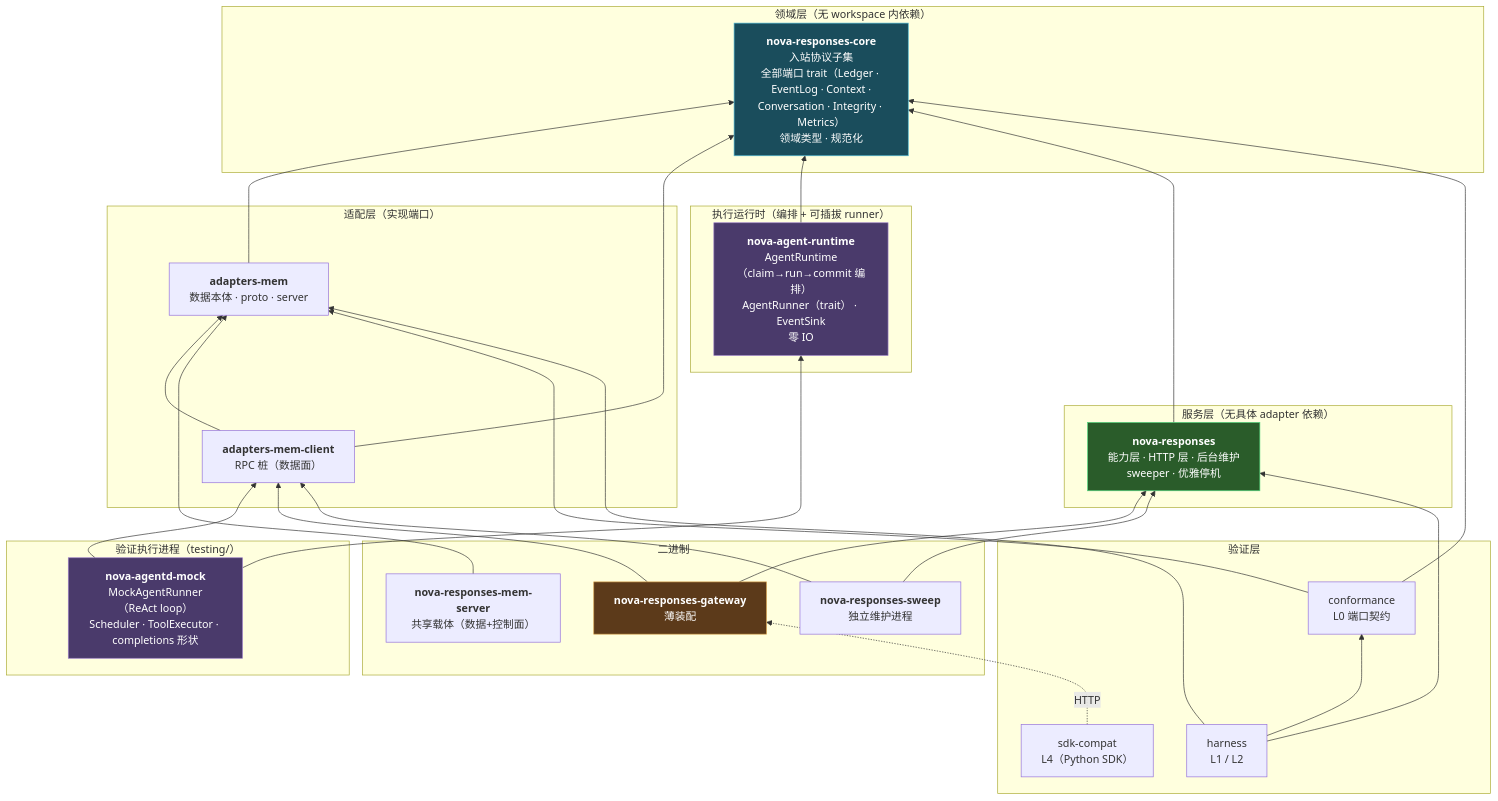
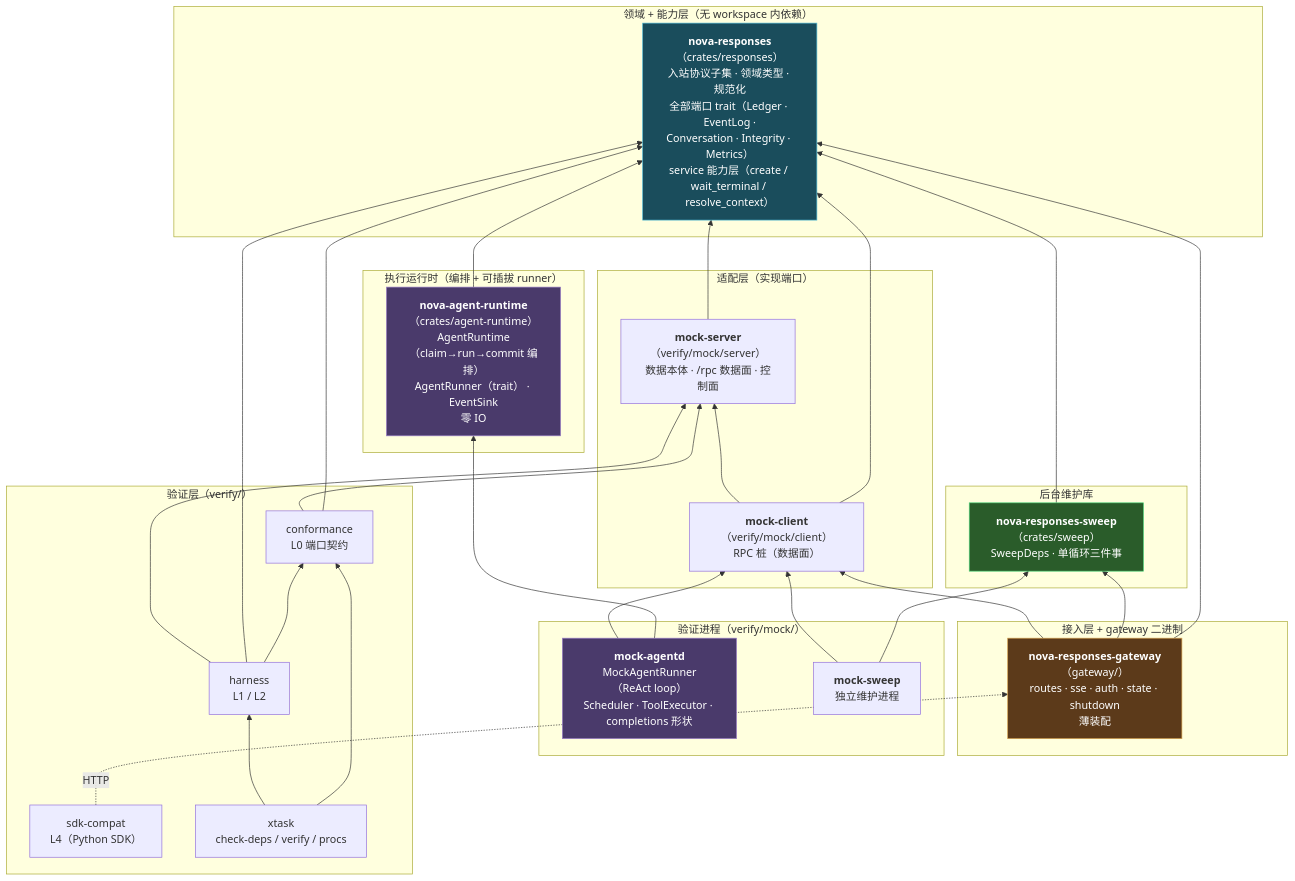
One commit to charleslyh/nova-chat changed the first of 8 diagrams in docs/design/00-architecture-review.md. Above: the diagram before and after it, drawn with Mermaid. The commit also changed other lines of this file and 58 other files, not shown here.

First line of the commit message:
refactor(responses): split storage per D30 — responses on event stream, conversation holds durable snapshot

````diff
--- a/docs/design/00-architecture-review.md
+++ b/docs/design/00-architecture-review.md
@@ -60,60 +62,64 @@
 ```mermaid
+%%{init: {"flowchart": {"curve": "basis"}} }%%
+
 graph BT
-    subgraph L0["领域层（无 workspace 内依赖）"]
-        core["<b>nova-responses-core</b><br/>入站协议子集<br/>全部端口 trait（Ledger · EventLog · Context ·<br/>Conversation · Integrity · Metrics）<br/>领域类型 · 规范化"]
+    subgraph L0["领域 + 能力层（无 workspace 内依赖）"]
+        core["<b>nova-responses</b>（crates/responses）<br/>入站协议子集 · 领域类型 · 规范化<br/>全部端口 trait（Ledger · EventLog ·<br/>Conversation · Integrity · Metrics）<br/>service 能力层（create / wait_terminal / resolve_context）"]
     end
 
     subgraph L1["适配层（实现端口）"]
-        mem["<b>adapters-mem</b><br/>数据本体 · proto · server"]
-        memclient["<b>adapters-mem-client</b><br/>RPC 桩（数据面）"]
+        mem["<b>mock-server</b>（verify/mock/server）<br/>数据本体 · /rpc 数据面 · 控制面"]
+        memclient["<b>mock-client</b>（verify/mock/client）<br/>RPC 桩（数据面）"]
     end
 
     subgraph L2["执行运行时（编排 + 可插拔 runner）"]
-        agent["<b>nova-agent-runtime</b><br/>AgentRuntime（claim→run→commit 编排）<br/>AgentRunner（trait） · EventSink<br/>零 IO"]
+        agent["<b>nova-agent-runtime</b>（crates/agent-runtime）<br/>AgentRuntime（claim→run→commit 编排）<br/>AgentRunner（trait） · EventSink<br/>零 IO"]
     end
 
-    subgraph SRV["服务层（无具体 adapter 依赖）"]
-        svc["<b>nova-responses</b><br/>能力层 · HTTP 层 · 后台维护<br/>sweeper · 优雅停机"]
+    subgraph MAINT["后台维护库"]
+        sweeplib["<b>nova-responses-sweep</b>（crates/sweep）<br/>SweepDeps · 单循环三件事"]
     end
 
-    subgraph L3["二进制"]
-        gw["<b>nova-responses-gateway</b><br/>薄装配"]
-        memsrv["<b>nova-responses-mem-server</b><br/>共享载体（数据+控制面）"]
-        sweep["<b>nova-responses-sweep</b><br/>独立维护进程"]
+    subgraph GWCRATE["接入层 + gateway 二进制"]
+        gw["<b>nova-responses-gateway</b>（gateway/）<br/>routes · sse · auth · state · shutdown<br/>薄装配"]
     end
 
-    subgraph MOCK["验证执行进程（testing/）"]
-        agentd["<b>nova-agentd-mock</b><br/>MockAgentRunner（ReAct loop）<br/>Scheduler · ToolExecutor · completions 形状"]
+    subgraph MOCK["验证进程（verify/mock/）"]
+        agentd["<b>mock-agentd</b><br/>MockAgentRunner（ReAct loop）<br/>Scheduler · ToolExecutor · completions 形状"]
+        sweepbin["<b>mock-sweep</b><br/>独立维护进程"]
     end
 
-    subgraph T["验证层"]
+    subgraph T["验证层（verify/）"]
         conf["conformance<br/>L0 端口契约"]
         harn["harness<br/>L1 / L2"]
         sdk["sdk-compat<br/>L4（Python SDK）"]
+        xt["xtask<br/>check-deps / verify / procs"]
     end
 
     mem --> core
     memclient --> core
     memclient --> mem
     agent --> core
-    svc --> core
+    sweeplib --> core
     agentd --> agent
     agentd --> memclient
-    gw --> svc
+    gw --> core
+    gw --> sweeplib
     gw --> memclient
-    memsrv --> mem
-    sweep --> svc
-    sweep --> memclient
+    sweepbin --> sweeplib
+    sweepbin --> memclient
     conf --> core
     conf --> mem
     harn --> conf
-    harn --> svc
+    harn --> core
     harn --> mem
+    xt --> conf
+    xt --> harn
     sdk -.->|"HTTP"| gw
 
     style core fill:#1a4d5c,stroke:#4db8d4,color:#fff
     style agent fill:#4a3a6b,stroke:#9b7fc7,color:#fff
     style agentd fill:#4a3a6b,stroke:#9b7fc7,color:#fff
-    style svc fill:#2a5c2a,stroke:#4dd47a,color:#fff
     style gw fill:#5c3a1a,stroke:#d4a04d,color:#fff
+    style sweeplib fill:#2a5c2a,stroke:#4dd47a,color:#fff
 ```
````
